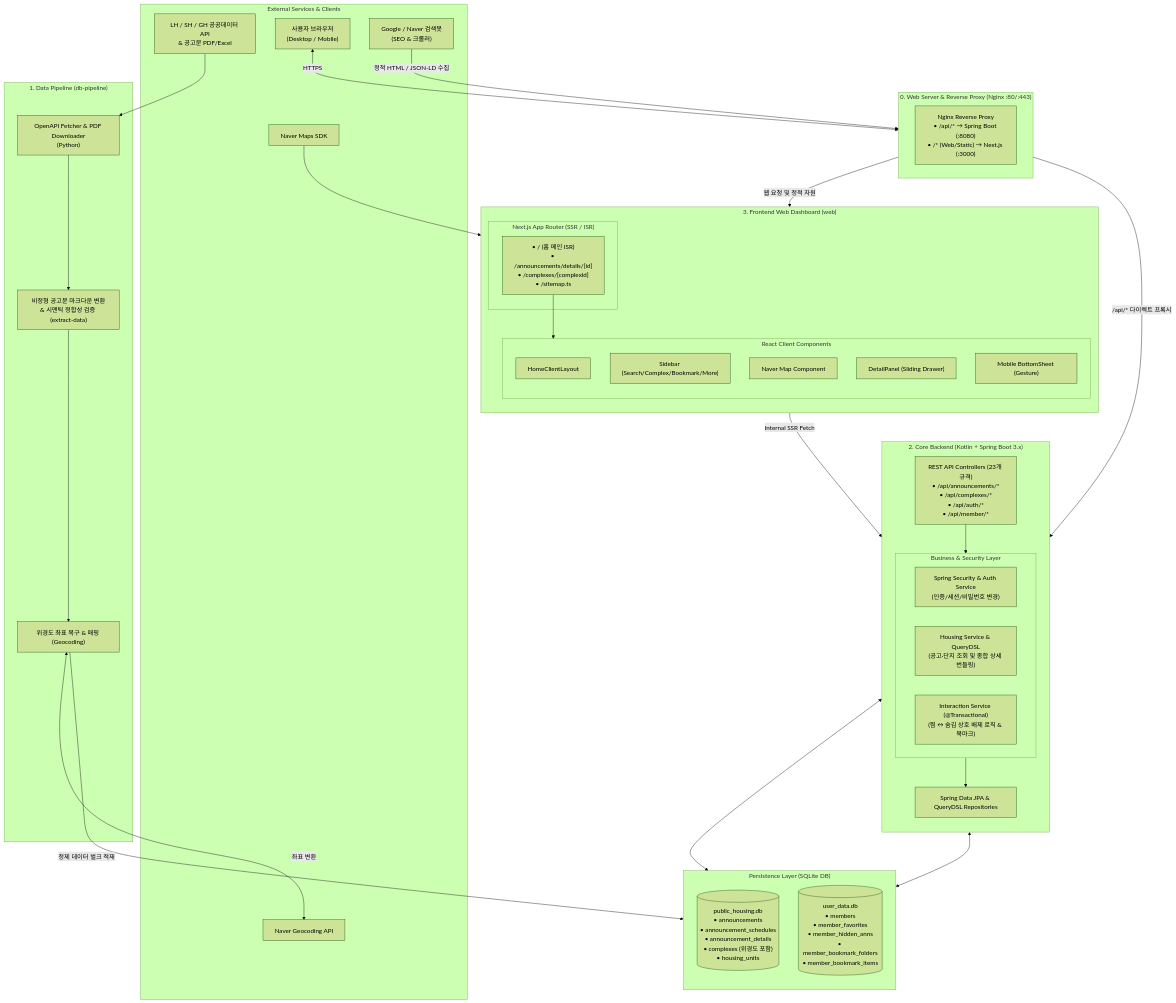
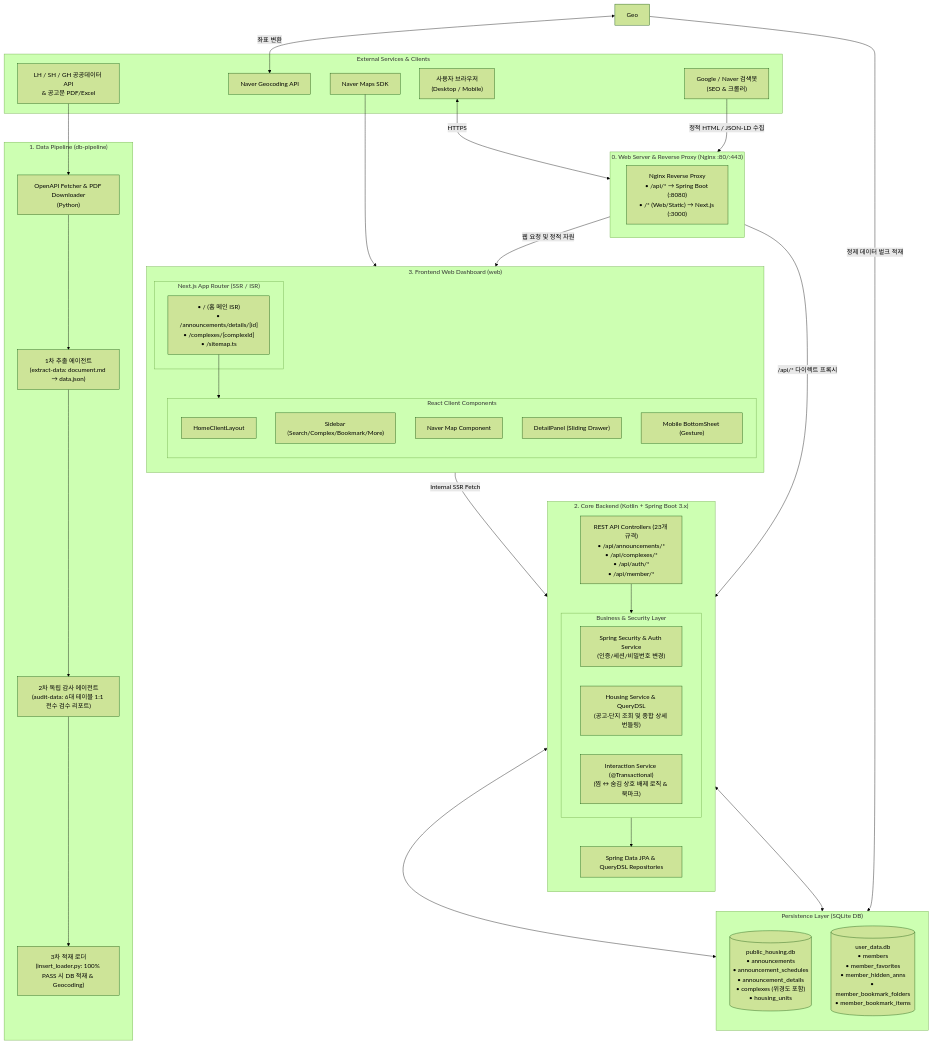
Before and after one commit to JaeMin1130/pleasehome: the first of 2 diagrams in docs/dev/ARCHITECTURE.md, drawn with Mermaid (forest theme). The commit also changed 4 other files, not shown here.

```diff
--- a/docs/dev/ARCHITECTURE.md
+++ b/docs/dev/ARCHITECTURE.md
@@ -30,9 +30,10 @@
     %% 2. 데이터 파이프라인 계층
     subgraph Pipeline["1. Data Pipeline (db-pipeline)"]
         Fetch["OpenAPI Fetcher & PDF Downloader<br>(Python)"]
-        Parser["비정형 공고문 마크다운 변환<br>& 시맨틱 정합성 검증 (extract-data)"]
-        Geo["위경도 좌표 복구 & 매핑 (Geocoding)"]
-        Fetch --> Parser --> Geo
+        ExtractAgent["1차 추출 에이전트<br>(extract-data: document.md → data.json)"]
+        AuditAgent["2차 독립 감사 에이전트<br>(audit-data: 6대 테이블 1:1 전수 검수 리포트)"]
+        Loader["3차 적재 로더<br>(insert_loader.py: 100% PASS 시 DB 적재 & Geocoding)"]
+        Fetch --> ExtractAgent --> AuditAgent --> Loader
     end
 
     %% 3. 데이터베이스 계층
```
